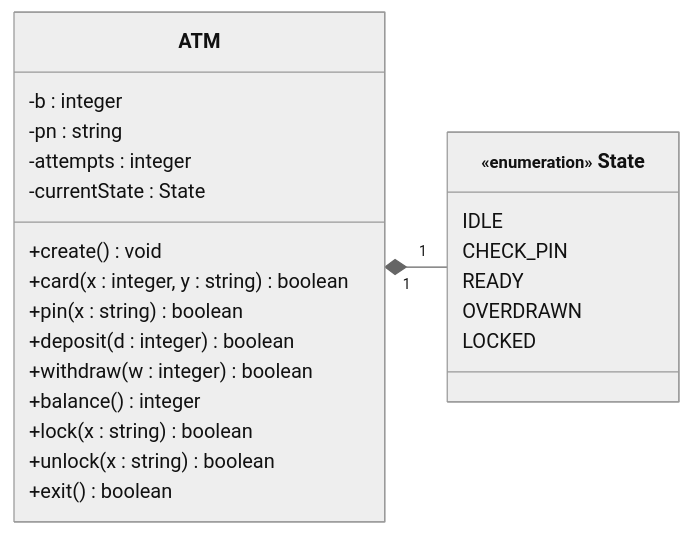
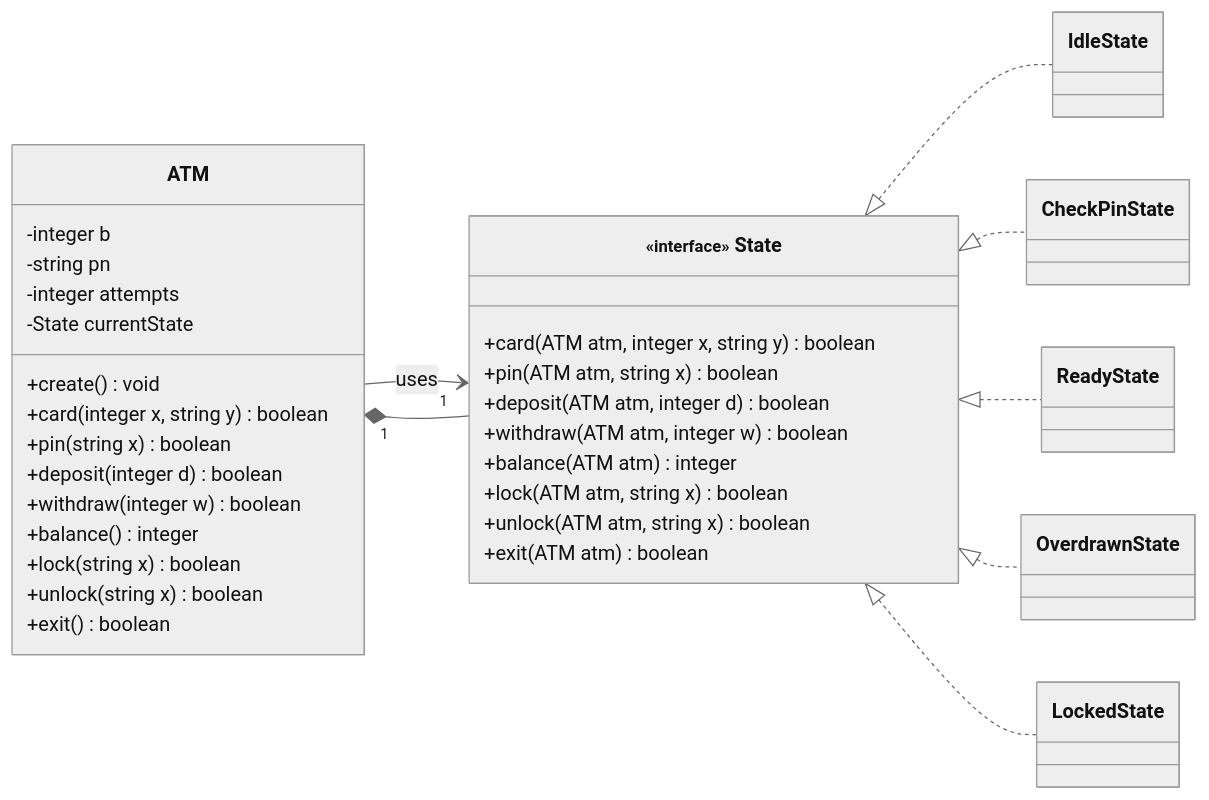
Before and after one commit to hanggrian/IIT-CS586: the fourth of 7 diagrams in assignments/hw1.md, drawn with Mermaid (neutral theme). The commit also changed other lines of this file, not shown here.

````diff
--- a/assignments/hw1.md
+++ b/assignments/hw1.md
@@ -447,27 +452,43 @@
 ```mermaid
 classDiagram
   direction LR
   class ATM {
-    -b : integer
-    -pn : string
-    -attempts : integer
-    -currentState : State
+    -integer b
+    -string pn
+    -integer attempts
+    -State currentState
     +create() void
-    +card(x : integer, y : string) boolean
-    +pin(x : string) boolean
-    +deposit(d : integer) boolean
-    +withdraw(w : integer) boolean
+    +card(integer x, string y) boolean
+    +pin(string x) boolean
+    +deposit(integer d) boolean
+    +withdraw(integer w) boolean
     +balance() integer
-    +lock(x : string) boolean
-    +unlock(x : string) boolean
+    +lock(string x) boolean
+    +unlock(string x) boolean
     +exit() boolean
   }
-  class `<small>&laquo;enumeration&raquo;</small> State` {
-    IDLE
-    CHECK_PIN
-    READY
-    OVERDRAWN
-    LOCKED
+  class `<small>&laquo;interface&raquo;</small> State` {
+    +card(ATM atm, integer x, string y) boolean
+    +pin(ATM atm, string x) boolean
+    +deposit(ATM atm, integer d) boolean
+    +withdraw(ATM atm, integer w) boolean
+    +balance(ATM atm) integer
+    +lock(ATM atm, string x) boolean
+    +unlock(ATM atm, string x) boolean
+    +exit(ATM atm) boolean
   }
-  ATM "1" *-- "1" `<small>&laquo;enumeration&raquo;</small> State`
+  ATM --> `<small>&laquo;interface&raquo;</small> State` : uses
+
+  class IdleState
+  class CheckPinState
+  class ReadyState
+  class OverdrawnState
+  class LockedState
+
+  ATM "1" *-- "1"  `<small>&laquo;interface&raquo;</small> State`
+  `<small>&laquo;interface&raquo;</small> State` <|.. IdleState
+  `<small>&laquo;interface&raquo;</small> State` <|.. CheckPinState
+  `<small>&laquo;interface&raquo;</small> State` <|.. ReadyState
+  `<small>&laquo;interface&raquo;</small> State` <|.. OverdrawnState
+  `<small>&laquo;interface&raquo;</small> State` <|.. LockedState
 ```
````
